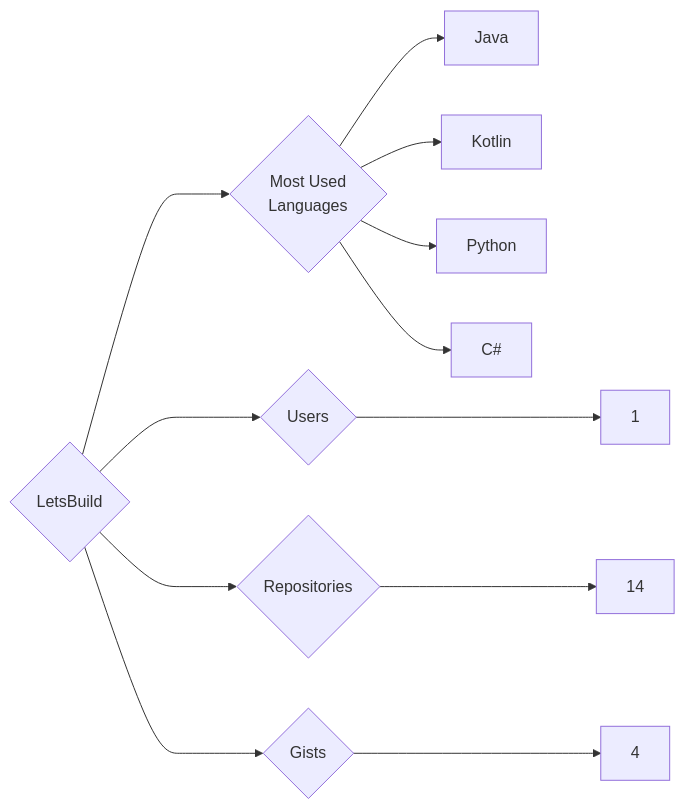
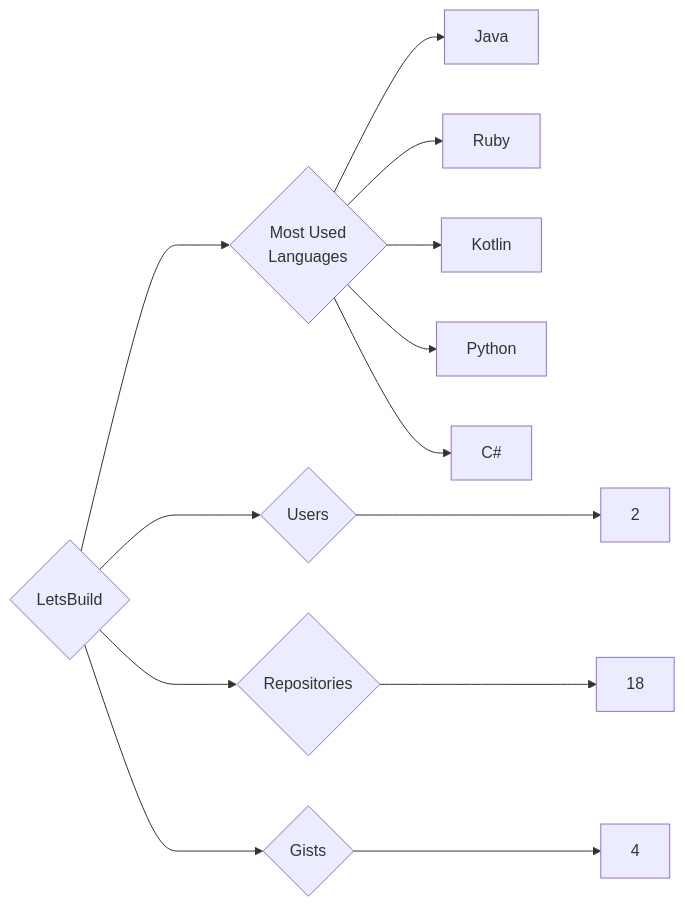
The diagram in targets/LetsBuild/README.md (trickest/insiders), drawn with Mermaid before and after one commit. The commit also changed 809 other files, not shown here.

````diff
--- a/targets/LetsBuild/README.md
+++ b/targets/LetsBuild/README.md
@@ -3,12 +3,13 @@
 ```mermaid
 graph LR
 COMPANY_NAME{LetsBuild}
-COMPANY_NAME ---> U{Users} ---> UN[1]
-COMPANY_NAME ---> R{Repositories} ---> RN[14]
+COMPANY_NAME ---> U{Users} ---> UN[2]
+COMPANY_NAME ---> R{Repositories} ---> RN[18]
 COMPANY_NAME ---> G{Gists} ---> GN[4]
 COMPANY_NAME ---> ML{Most Used<br>Languages}
 ML --> Java[Java]
+ML --> Ruby[Ruby]
 ML --> Kotlin[Kotlin]
 ML --> Python[Python]
 ML --> C#[C#]
 ```
````
